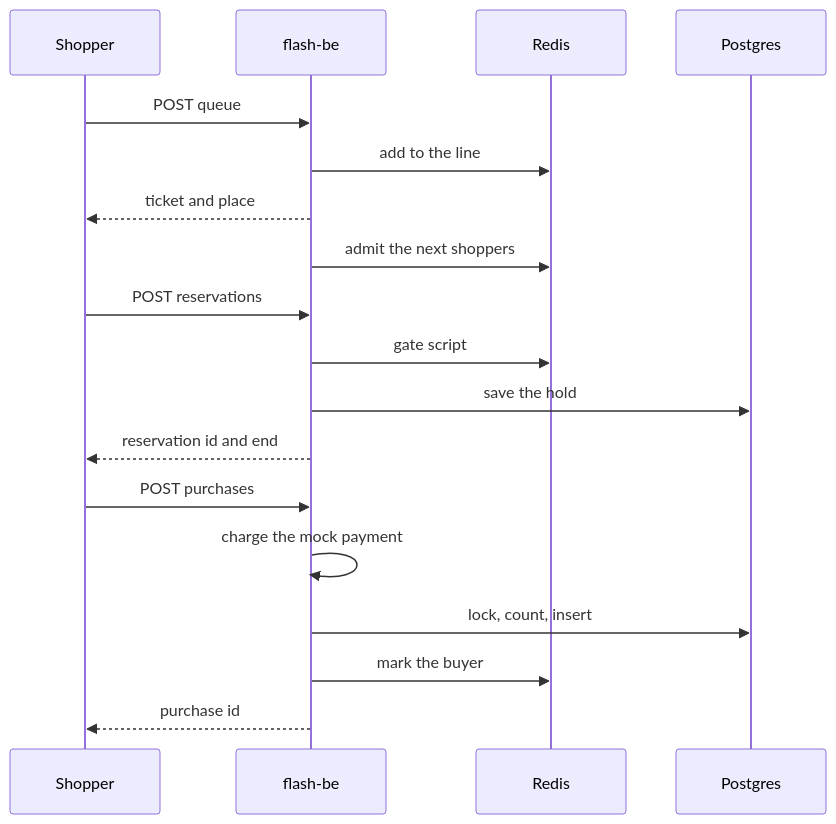
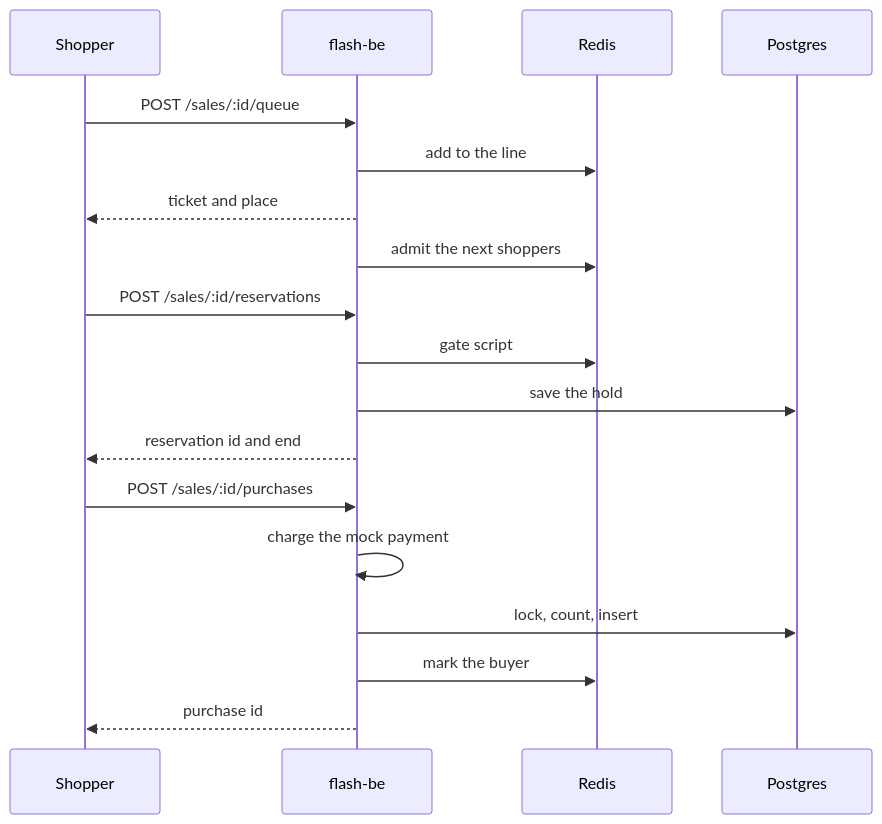
Before and after one commit to wahidyankf/coding-itv-js-flashsale: the first of 3 diagrams in specs/apps/flash/c4/sequences.md, drawn with Mermaid. The commit also changed other lines of this file, not shown here.

First line of the commit message:
docs: show the method and path of each shopper request in the sequences

````diff
--- a/specs/apps/flash/c4/sequences.md
+++ b/specs/apps/flash/c4/sequences.md
@@ -8,22 +9,22 @@
 ```mermaid
 sequenceDiagram
   accTitle: Reserve and pay
   accDescr: The shopper joins the queue and receives a ticket. After admission the shopper reserves an item. The API asks the Redis gate, which counts buyers and live holds, then writes the hold to Postgres. The shopper then confirms. The API charges the payment provider, commits the purchase in one Postgres transaction, and tells the gate.
   participant S as Shopper
   participant A as flash-be
   participant R as Redis
   participant P as Postgres
-  S->>A: POST queue
+  S->>A: POST /sales/:id/queue
   A->>R: add to the line
   A-->>S: ticket and place
   A->>R: admit the next shoppers
-  S->>A: POST reservations
+  S->>A: POST /sales/:id/reservations
   A->>R: gate script
   A->>P: save the hold
   A-->>S: reservation id and end
-  S->>A: POST purchases
+  S->>A: POST /sales/:id/purchases
   A->>A: charge the mock payment
   A->>P: lock, count, insert
   A->>R: mark the buyer
   A-->>S: purchase id
 ```
````
